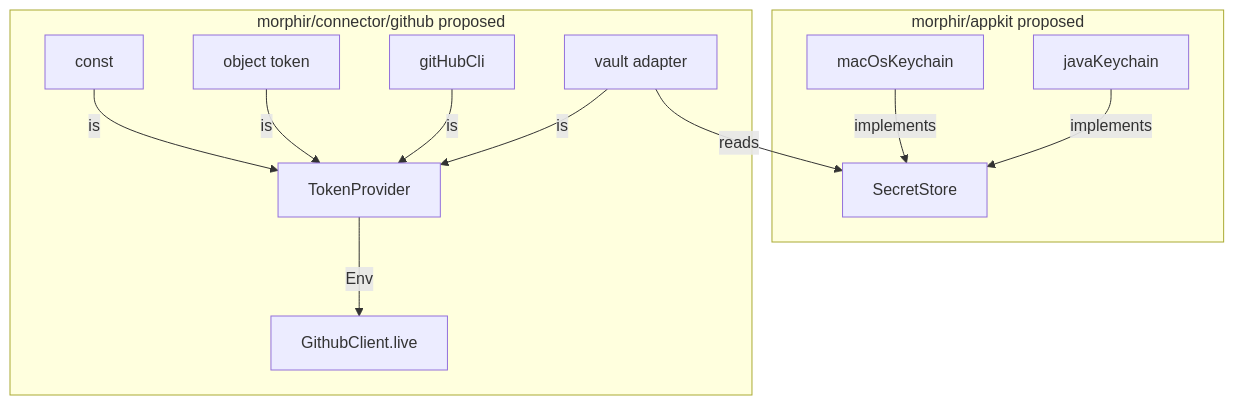
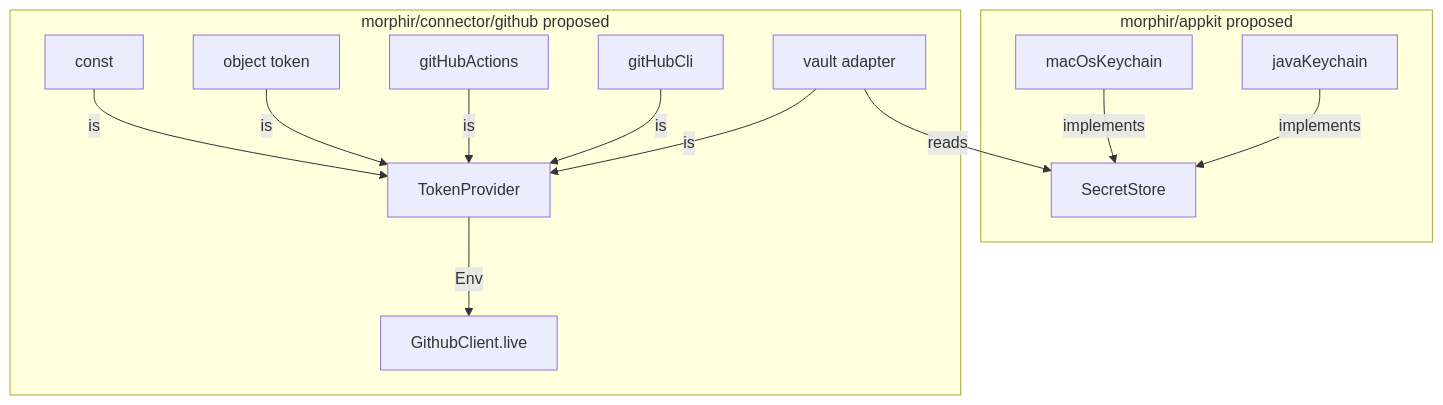
One commit to finos/morphir-scala changed the diagram in kb/bundles/morphir/morphir-scala/design/github-token-providers-and-appkit-secrets.md. Above: the diagram before and after it, drawn with Mermaid. The commit also changed other lines of this file and 33 other files, not shown here.

````diff
--- a/kb/bundles/morphir/morphir-scala/design/github-token-providers-and-appkit-secrets.md
+++ b/kb/bundles/morphir/morphir-scala/design/github-token-providers-and-appkit-secrets.md
@@ -44,24 +44,26 @@
 ```mermaid
 flowchart TB
   subgraph appkit ["morphir/appkit proposed"]
     store["SecretStore"]
     macos["macOsKeychain"]
     java["javaKeychain"]
     macos -->|"implements"| store
     java -->|"implements"| store
   end
   subgraph github ["morphir/connector/github proposed"]
     tp["TokenProvider"]
     const["const"]
     flags["object token"]
+    actions["gitHubActions"]
     gh["gitHubCli"]
     vault["vault adapter"]
     const -->|"is"| tp
     flags -->|"is"| tp
+    actions -->|"is"| tp
     gh -->|"is"| tp
     vault -->|"is"| tp
     vault -->|"reads"| store
     client["GithubClient.live"]
     tp -->|"Env"| client
   end
 ```
````
